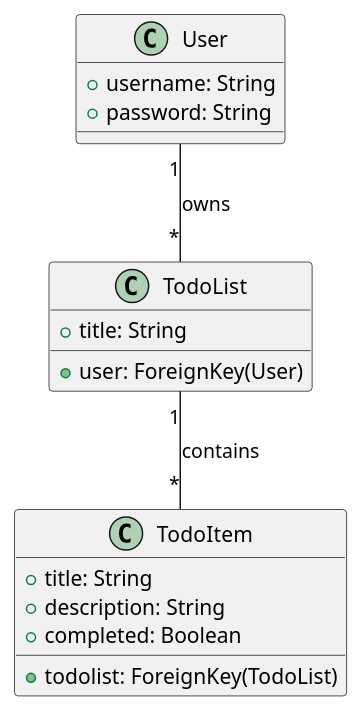
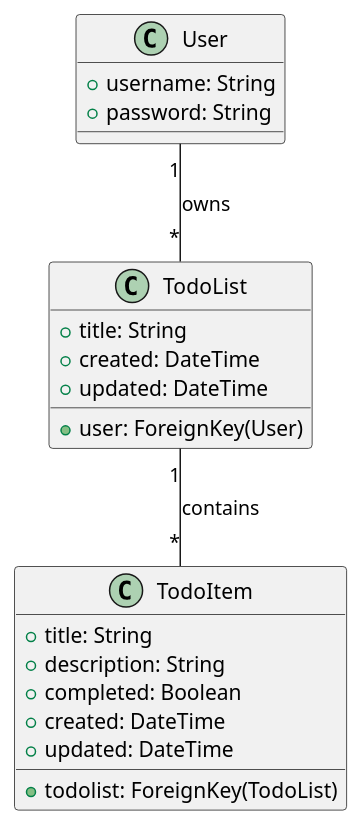
The diagram in docs/diagrams/class-diagram.puml (medardm/django-todolist-api), drawn with PlantUML before and after one commit. The commit also changed 2 other files, not shown here.

Commit message:
Update README and add diagrams to documentation

```diff
--- a/docs/diagrams/class-diagram.puml
+++ b/docs/diagrams/class-diagram.puml
@@ -1,23 +1,25 @@
 @startuml
-'https://plantuml.com/class-diagram
-
 class User {
   +username: String
   +password: String
 }
 
 class TodoList {
   +user: ForeignKey(User)
   +title: String
+  +created: DateTime
+  +updated: DateTime
 }
 
 class TodoItem {
   +todolist: ForeignKey(TodoList)
   +title: String
   +description: String
   +completed: Boolean
+  +created: DateTime
+  +updated: DateTime
 }
 
 User "1" -- "*" TodoList : owns
 TodoList "1" -- "*" TodoItem : contains
 @enduml
```
